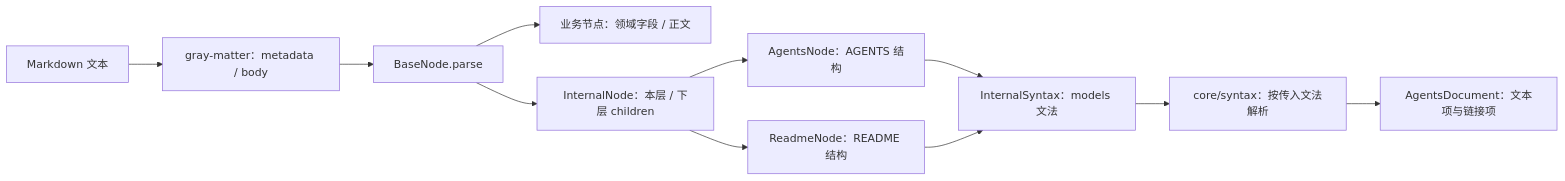
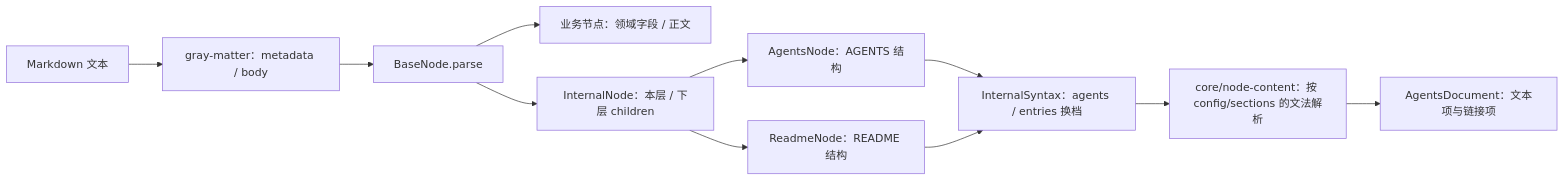
Before and after one commit to VirusPC/edges-brain-viruspc: the fifth of 6 diagrams in extensions/cli/src/domain/models/README.md, drawn with Mermaid. The commit also changed other lines of this file and 59 other files, not shown here.

First line of the commit message:
refactor: 约定进 config，通用块解析留在 core/node-content (#269)

````diff
--- a/extensions/cli/src/domain/models/README.md
+++ b/extensions/cli/src/domain/models/README.md
@@ -213,13 +219,13 @@
 ```mermaid
 flowchart LR
     MD[Markdown 文本] --> GM[gray-matter：metadata / body]
     GM --> B[BaseNode.parse]
     B --> L[业务节点：领域字段 / 正文]
     B --> N[InternalNode：本层 / 下层 children]
     N --> I[AgentsNode：AGENTS 结构]
     N --> R[ReadmeNode：README 结构]
-    I --> X[InternalSyntax：models 文法]
+    I --> X[InternalSyntax：agents / entries 换档]
     R --> X
-    X --> P[core/syntax：按传入文法解析]
+    X --> P[core/node-content：按 config/sections 的文法解析]
     P --> D[AgentsDocument：文本项与链接项]
 ```
````
